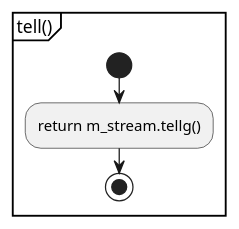
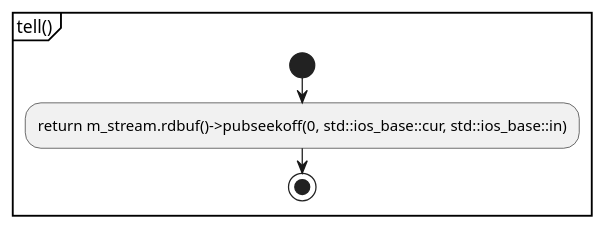
Before and after one commit to KodaiYM/PDFReader: the fifth of 11 diagrams in document/istream_extended.activity.pu, drawn with PlantUML. The commit also changed other lines of this file and 2 other files, not shown here.

```diff
--- a/document/istream_extended.activity.pu
+++ b/document/istream_extended.activity.pu
@@ -35,7 +45,7 @@
 @startuml tell
 partition "tell()" {
 start
-	:return m_stream.tellg();
+	:return m_stream.rdbuf()->pubseekoff(0, std::ios_base::cur, std::ios_base::in);
 stop
 }
 @enduml
```
